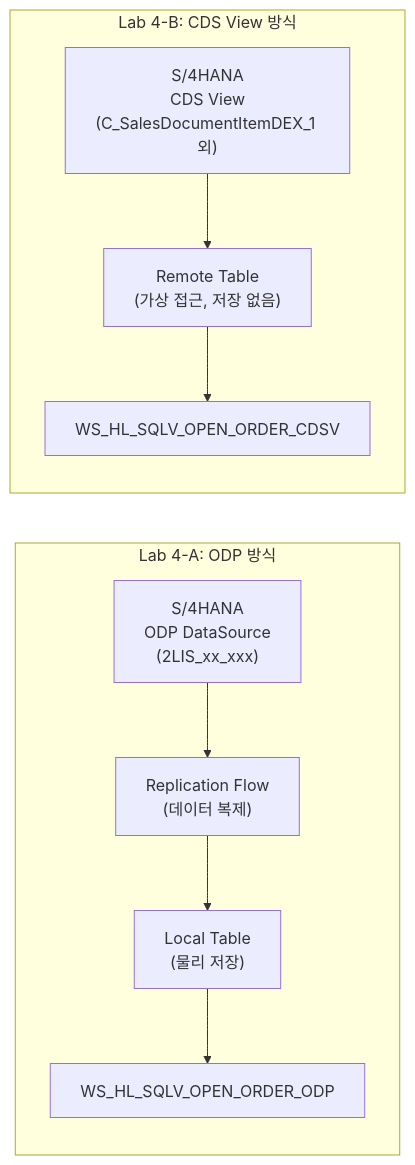
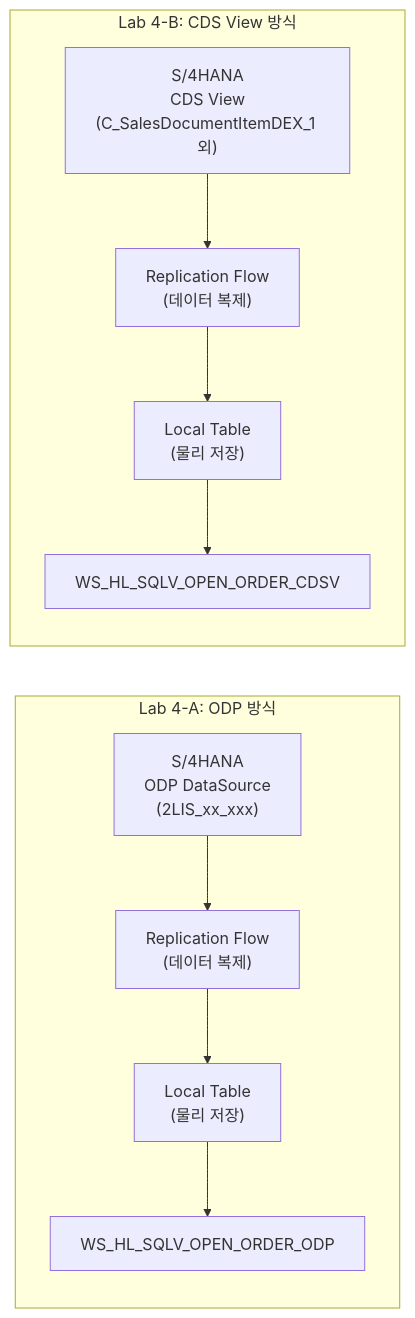
Before and after one commit to youngseols925/sap-datasphere-bdc-workshop: the first of 4 diagrams in labs/lab4b-cdsv-fact-view-am.md, drawn with Mermaid. The commit also changed other lines of this file and 1 other file, not shown here.

First line of the commit message:
fix: CDS View 방식도 Replication Flow + Local Table로 전면 수정

````diff
--- a/labs/lab4b-cdsv-fact-view-am.md
+++ b/labs/lab4b-cdsv-fact-view-am.md
@@ -23,19 +23,20 @@
 ```mermaid
 graph LR
     subgraph ODP["Lab 4-A: ODP 방식"]
         direction TB
         O1["S/4HANA\nODP DataSource\n(2LIS_xx_xxx)"]
         O2["Replication Flow\n(데이터 복제)"]
         O3["Local Table\n(물리 저장)"]
         O4["WS_HL_SQLV_OPEN_ORDER_ODP"]
         O1 --> O2 --> O3 --> O4
     end
 
     subgraph CDS["Lab 4-B: CDS View 방식"]
         direction TB
         C1["S/4HANA\nCDS View\n(C_SalesDocumentItemDEX_1 외)"]
-        C2["Remote Table\n(가상 접근, 저장 없음)"]
-        C3["WS_HL_SQLV_OPEN_ORDER_CDSV"]
-        C1 --> C2 --> C3
+        C2["Replication Flow\n(데이터 복제)"]
+        C3["Local Table\n(물리 저장)"]
+        C4["WS_HL_SQLV_OPEN_ORDER_CDSV"]
+        C1 --> C2 --> C3 --> C4
     end
 ```
````
